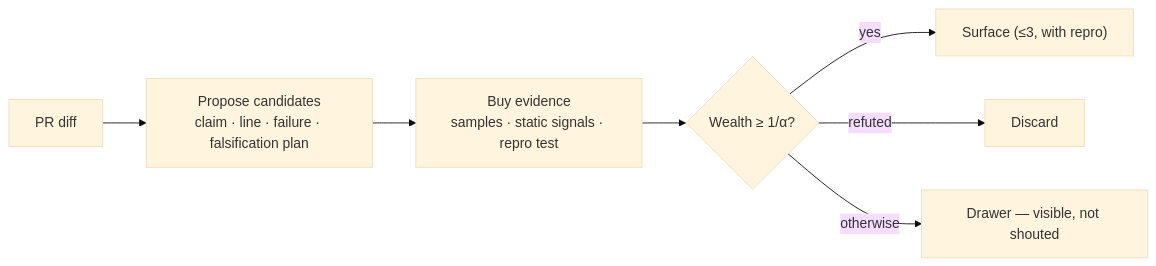
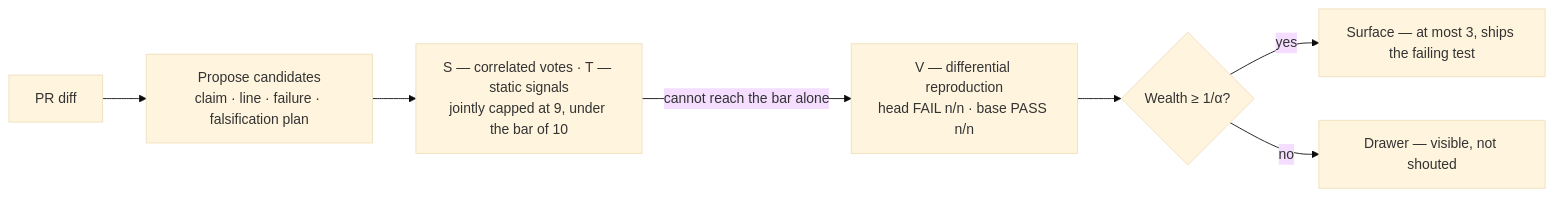
The first of 2 diagrams in README.md (IcantFind-a-username/IcantFind-a-username), drawn with Mermaid (base theme) before and after one commit. The commit also changed other lines of this file, not shown here.

Commit message:
Redraw the Attest flow to match the measured mechanism
The diagram showed S, T and V converging on the bar as comparable
contributors, and showed a Discard outcome. Enumerating the 45 reachable
channel combinations: S*T alone crosses the bar 0 times (it caps at 9 against
10), and the discard branch is reached 0 times (the smallest reachable wealth
is 0.5 against a threshold of 0.1).

The flow now shows S and T as bookkeeping that cannot reach the bar, V as the
channel that gets a candidate to the gate, and the two branches that actually
occur. The unreachable discard is stated in one line under the diagram rather
than drawn as if it happened.

````diff
--- a/README.md
+++ b/README.md
@@ -34,9 +34,9 @@
 ```mermaid
 flowchart LR
     A["PR diff"] --> B["Propose candidates<br/>claim · line · failure · falsification plan"]
-    B --> C["Buy evidence<br/>samples · static signals · repro test"]
-    C --> D{"Wealth ≥ 1/α?"}
-    D -->|yes| E["Surface (≤3, with repro)"]
-    D -->|refuted| F["Discard"]
-    D -->|otherwise| G["Drawer — visible, not shouted"]
+    B --> C["S — correlated votes · T — static signals<br/>jointly capped at 9, under the bar of 10"]
+    C -->|"cannot reach the bar alone"| V["V — differential reproduction<br/>head FAIL n/n · base PASS n/n"]
+    V --> D{"Wealth ≥ 1/α?"}
+    D -->|yes| E["Surface — at most 3, ships the failing test"]
+    D -->|no| G["Drawer — visible, not shouted"]
 ```
````
